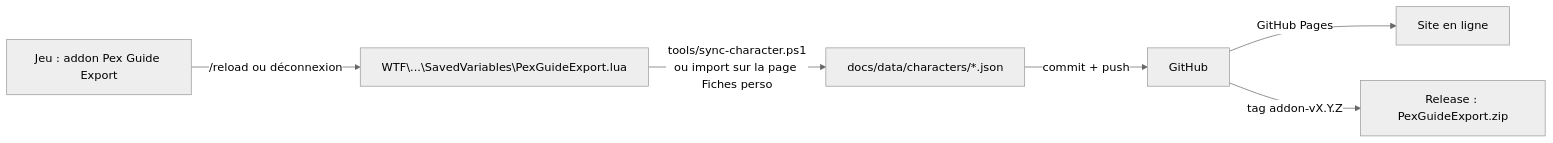
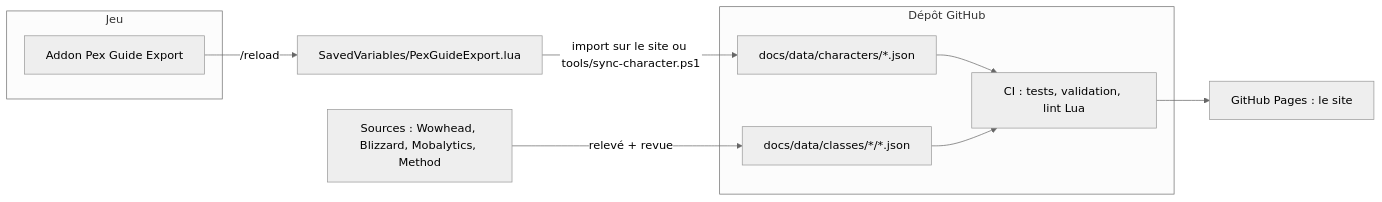
The diagram in README.md (JeanCelestinEnpalSec/forever-pex-guide), drawn with Mermaid (neutral theme) before and after one commit. The commit also changed other lines of this file and 23 other files, not shown here.

````diff
--- a/README.md
+++ b/README.md
@@ -13,8 +44,15 @@
 ```mermaid
 flowchart LR
-  A[Jeu : addon Pex Guide Export] -- /reload ou déconnexion --> B[WTF\...\SavedVariables\PexGuideExport.lua]
-  B -- tools/sync-character.ps1<br/>ou import sur la page Fiches perso --> C[docs/data/characters/*.json]
-  C -- commit + push --> D[GitHub]
-  D -- GitHub Pages --> E[Site en ligne]
-  D -- tag addon-vX.Y.Z --> F[Release : PexGuideExport.zip]
+  subgraph Jeu
+    A[Addon Pex Guide Export]
+  end
+  subgraph Dépôt GitHub
+    B[docs/data/characters/*.json]
+    C[docs/data/classes/*/*.json]
+    D[CI : tests, validation, lint Lua]
+  end
+  A -- /reload --> S[SavedVariables/PexGuideExport.lua]
+  S -- import sur le site ou tools/sync-character.ps1 --> B
+  R[Sources : Wowhead, Blizzard, Mobalytics, Method] -- relevé + revue --> C
+  B & C --> D --> P[GitHub Pages : le site]
 ```
````
